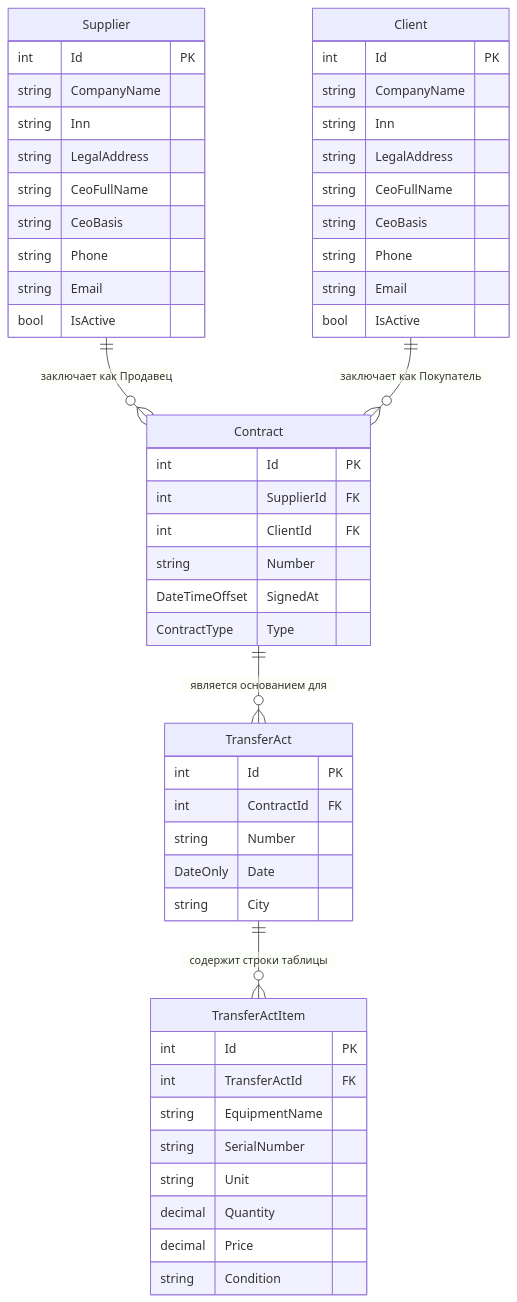
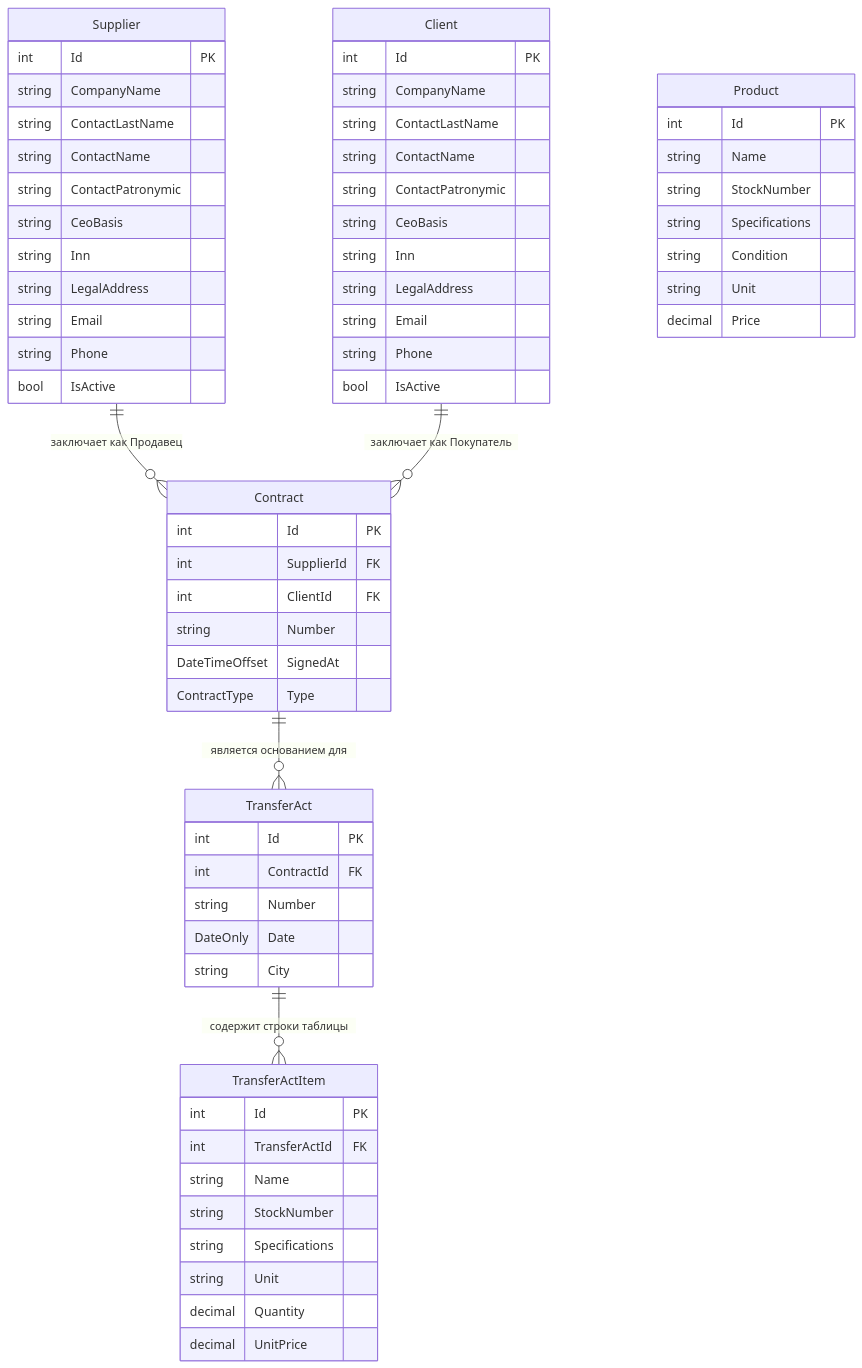
Before and after one commit to Soff6799/Transfer-OfficeFurniture-Equipment: the diagram in README.md, drawn with Mermaid.

````diff
--- a/README.md
+++ b/README.md
@@ -15,59 +15,73 @@
 ```mermaid
 erDiagram
     Supplier ||--o{ Contract : "заключает как Продавец"
     Client ||--o{ Contract : "заключает как Покупатель"
     Contract ||--o{ TransferAct : "является основанием для"
     TransferAct ||--o{ TransferActItem : "содержит строки таблицы"
 
     Supplier {
         int Id PK
         string CompanyName
+        string ContactLastName
+        string ContactName
+        string ContactPatronymic
+        string CeoBasis
         string Inn
         string LegalAddress
-        string CeoFullName
-        string CeoBasis
+        string Email
         string Phone
-        string Email
         bool IsActive
     }
 
     Client {
         int Id PK
         string CompanyName
+        string ContactLastName
+        string ContactName
+        string ContactPatronymic
+        string CeoBasis
         string Inn
         string LegalAddress
-        string CeoFullName
-        string CeoBasis
+        string Email
         string Phone
-        string Email
         bool IsActive
     }
 
     Contract {
         int Id PK
         int SupplierId FK
         int ClientId FK
         string Number
         DateTimeOffset SignedAt
         ContractType Type
     }
 
     TransferAct {
         int Id PK
         int ContractId FK
         string Number
         DateOnly Date
         string City
     }
 
     TransferActItem {
         int Id PK
         int TransferActId FK
-        string EquipmentName
-        string SerialNumber
+        string Name
+        string StockNumber
+        string Specifications
         string Unit
         decimal Quantity
+        decimal UnitPrice
+    }
+
+    Product {
+        int Id PK
+        string Name
+        string StockNumber
+        string Specifications
+        string Condition
+        string Unit
         decimal Price
-        string Condition
     }
 ```
````
